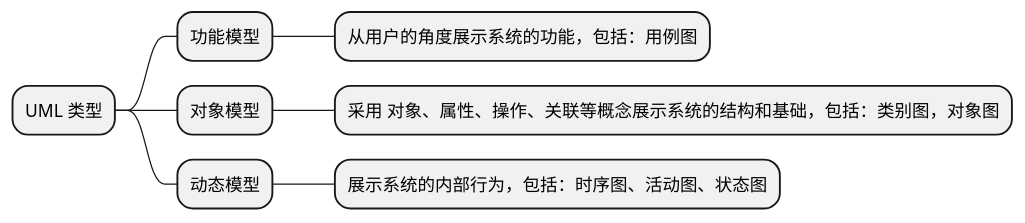
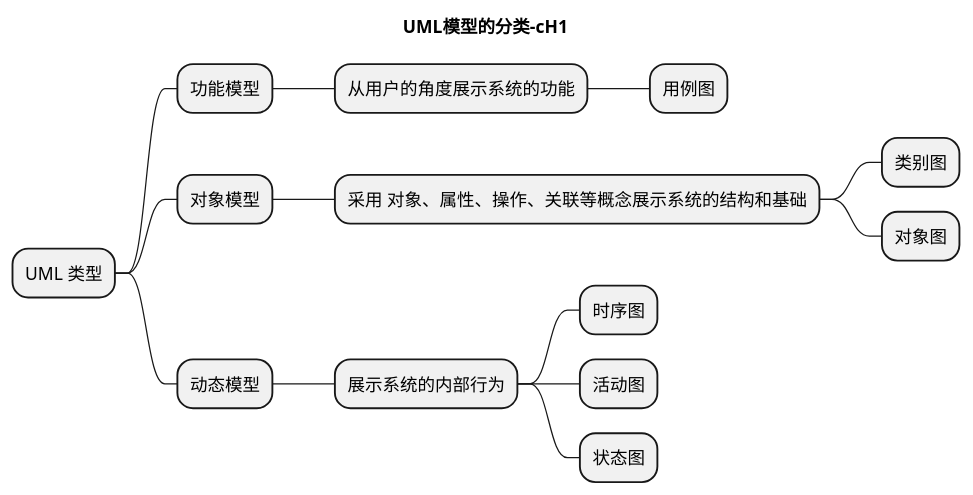
The first of 6 diagrams in examples/01_uml_module.puml (securitgithub/plantumlforvscode), drawn with PlantUML before and after one commit. The commit also changed other lines of this file and 43 other files, not shown here.

```diff
--- a/examples/01_uml_module.puml
+++ b/examples/01_uml_module.puml
@@ -1,9 +1,17 @@
 @startmindmap
+title UML模型的分类-cH1
+
 * UML 类型
 ** 功能模型
-*** 从用户的角度展示系统的功能，包括：用例图
+*** 从用户的角度展示系统的功能
+**** 用例图
 ** 对象模型
-*** 采用 对象、属性、操作、关联等概念展示系统的结构和基础，包括：类别图，对象图
+*** 采用 对象、属性、操作、关联等概念展示系统的结构和基础
+**** 类别图
+**** 对象图
 ** 动态模型
-*** 展示系统的内部行为，包括：时序图、活动图、状态图
+*** 展示系统的内部行为
+**** 时序图
+**** 活动图
+**** 状态图
 @endmindmap
```
